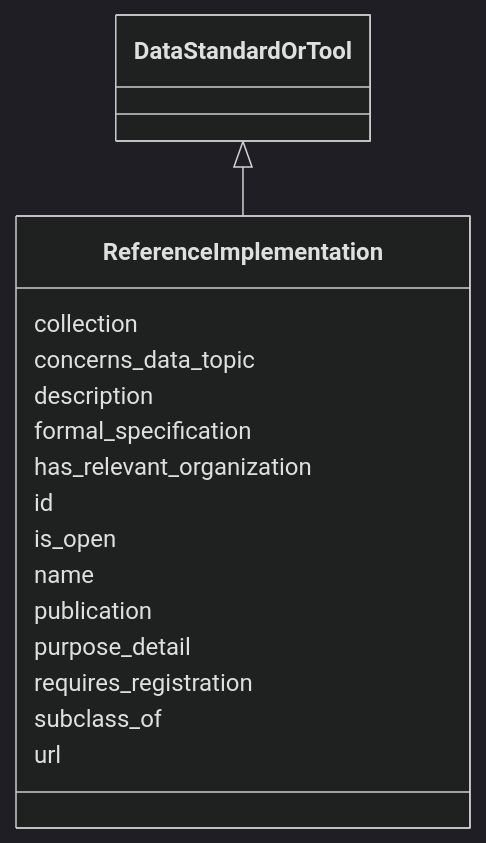
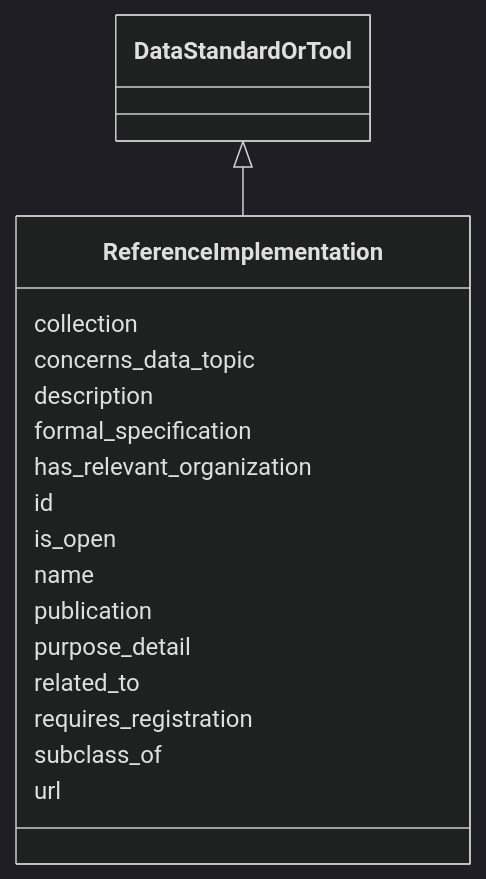
The diagram in docs/ReferenceImplementation.md (bridge2ai/standards-schemas), drawn with Mermaid (dark theme) before and after one commit. The commit also changed other lines of this file and 65 other files, not shown here.

````diff
--- a/docs/ReferenceImplementation.md
+++ b/docs/ReferenceImplementation.md
@@ -11,20 +11,21 @@
 ```mermaid
  classDiagram
     class ReferenceImplementation
       DataStandardOrTool <|-- ReferenceImplementation
       
       ReferenceImplementation : collection
       ReferenceImplementation : concerns_data_topic
       ReferenceImplementation : description
       ReferenceImplementation : formal_specification
       ReferenceImplementation : has_relevant_organization
       ReferenceImplementation : id
       ReferenceImplementation : is_open
       ReferenceImplementation : name
       ReferenceImplementation : publication
       ReferenceImplementation : purpose_detail
+      ReferenceImplementation : related_to
       ReferenceImplementation : requires_registration
       ReferenceImplementation : subclass_of
       ReferenceImplementation : url
       
 ```
````
